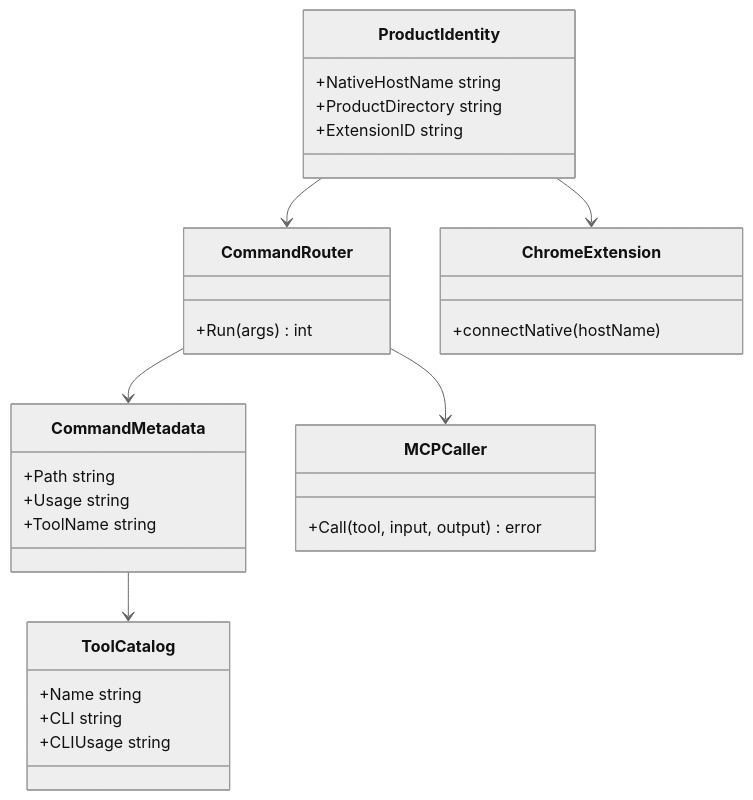
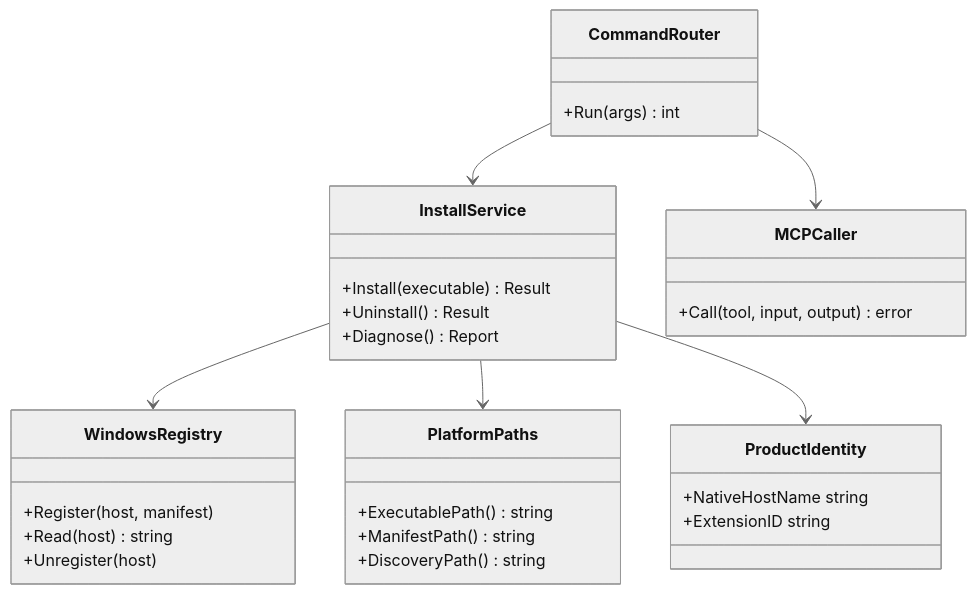
One commit to masahide/tabcli changed the first of 2 diagrams in docs/plans/260719-s01-tabcli-command-flattening.md. Above: the diagram before and after it, drawn with Mermaid (neutral theme). The commit also changed other lines of this file, not shown here.

````diff
--- a/docs/plans/260719-s01-tabcli-command-flattening.md
+++ b/docs/plans/260719-s01-tabcli-command-flattening.md
@@ -279,32 +374,33 @@
 ```mermaid
 classDiagram
     class CommandRouter {
         +Run(args) int
     }
-    class CommandMetadata {
-        +Path string
-        +Usage string
-        +ToolName string
+    class InstallService {
+        +Install(executable) Result
+        +Uninstall() Result
+        +Diagnose() Report
     }
-    class ToolCatalog {
-        +Name string
-        +CLI string
-        +CLIUsage string
+    class WindowsRegistry {
+        +Register(host, manifest)
+        +Read(host) string
+        +Unregister(host)
+    }
+    class PlatformPaths {
+        +ExecutablePath() string
+        +ManifestPath() string
+        +DiscoveryPath() string
+    }
+    class ProductIdentity {
+        +NativeHostName string
+        +ExtensionID string
     }
     class MCPCaller {
         +Call(tool, input, output) error
     }
-    class ProductIdentity {
-        +NativeHostName string
-        +ProductDirectory string
-        +ExtensionID string
-    }
-    class ChromeExtension {
-        +connectNative(hostName)
-    }
-    CommandRouter --> CommandMetadata
-    CommandMetadata --> ToolCatalog
+    CommandRouter --> InstallService
     CommandRouter --> MCPCaller
-    ProductIdentity --> CommandRouter
-    ProductIdentity --> ChromeExtension
+    InstallService --> WindowsRegistry
+    InstallService --> PlatformPaths
+    InstallService --> ProductIdentity
 ```
````
